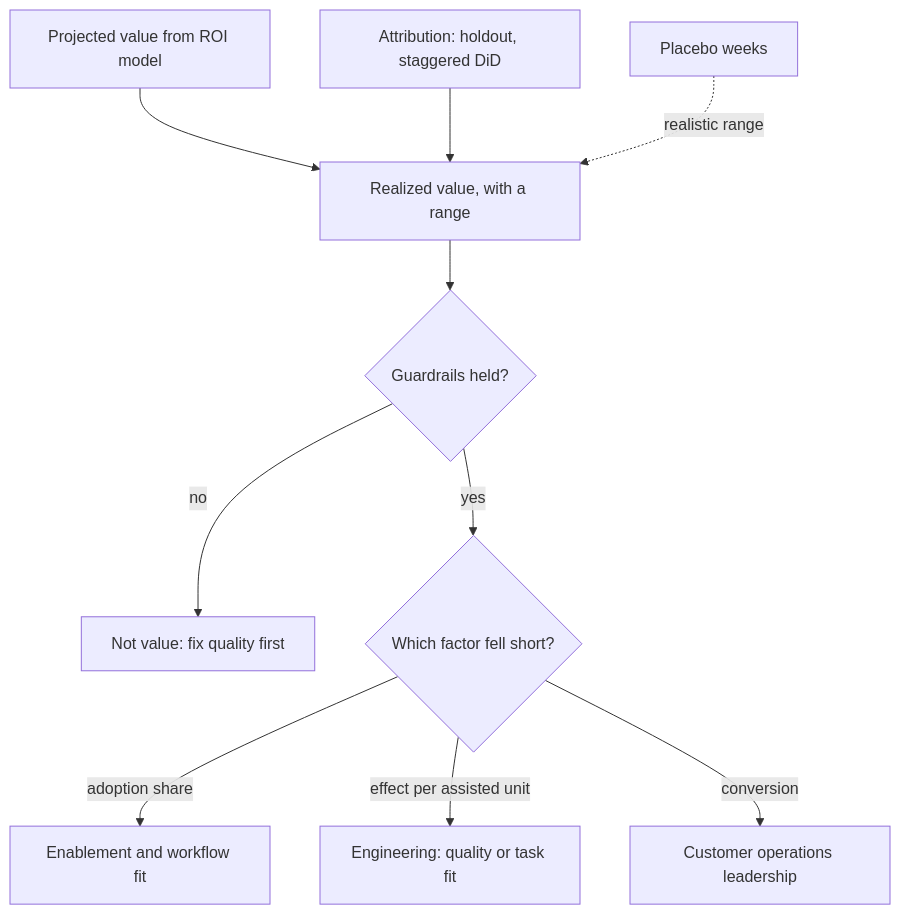
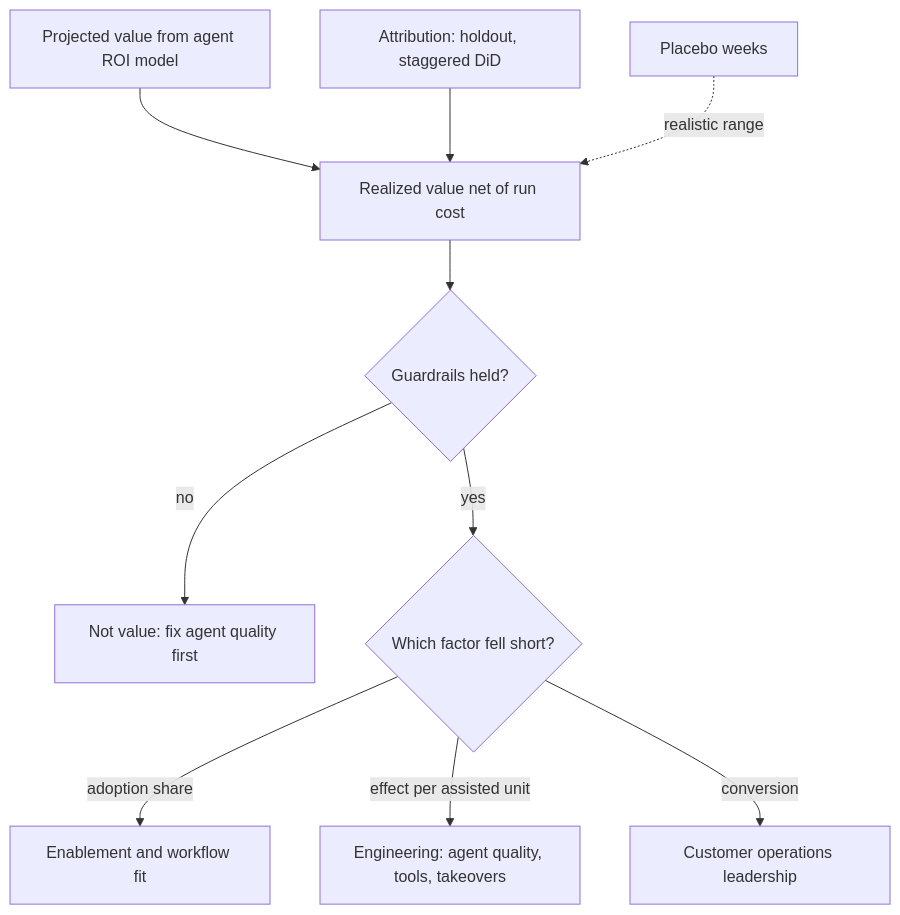
Before and after one commit to lovishmahajan97/agentic-learning: the diagram in content/adoption/adoption-and-value-realization-measurement.md, drawn with Mermaid. The commit also changed other lines of this file and 454 other files, not shown here.

````diff
--- a/content/adoption/adoption-and-value-realization-measurement.md
+++ b/content/adoption/adoption-and-value-realization-measurement.md
@@ -115,12 +137,12 @@
 ```mermaid
 flowchart TD
-    P["Projected value from ROI model"] --> R["Realized value, with a range"]
+    P["Projected value from agent ROI model"] --> R["Realized value net of run cost"]
     R --> G{"Guardrails held?"}
-    G -->|"no"| X["Not value: fix quality first"]
+    G -->|"no"| X["Not value: fix agent quality first"]
     G -->|"yes"| F{"Which factor fell short?"}
     F -->|"adoption share"| EN["Enablement and workflow fit"]
-    F -->|"effect per assisted unit"| ENG["Engineering: quality or task fit"]
+    F -->|"effect per assisted unit"| ENG["Engineering: agent quality, tools, takeovers"]
     F -->|"conversion"| OPS["Customer operations leadership"]
     A["Attribution: holdout, staggered DiD"] --> R
     PL["Placebo weeks"] -.->|"realistic range"| R
 ```
````
